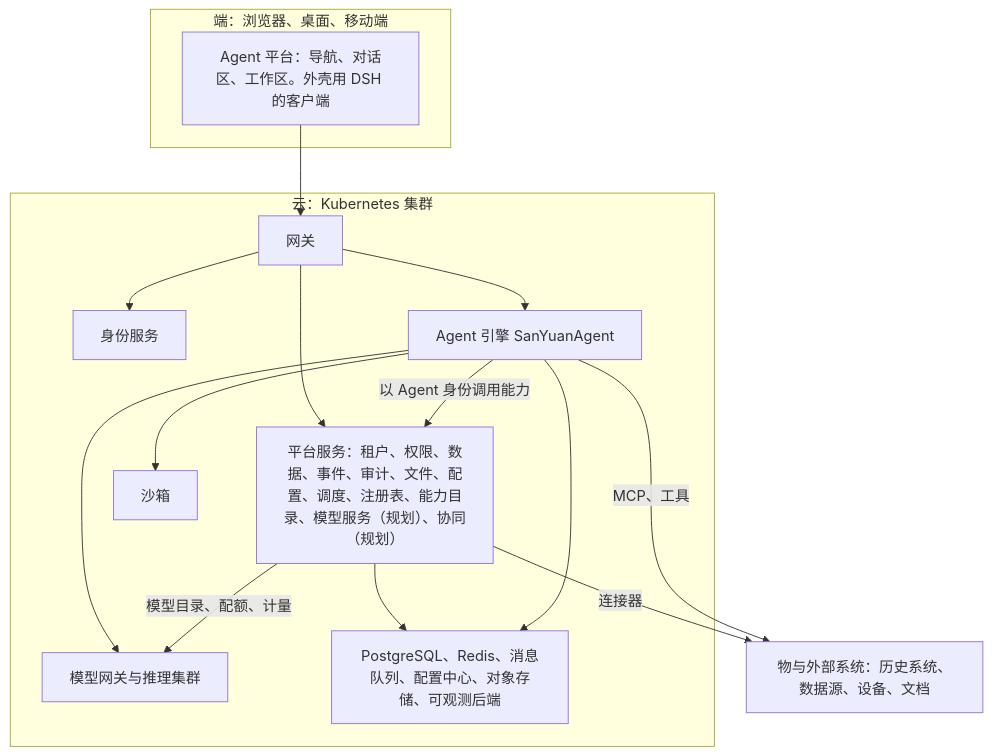
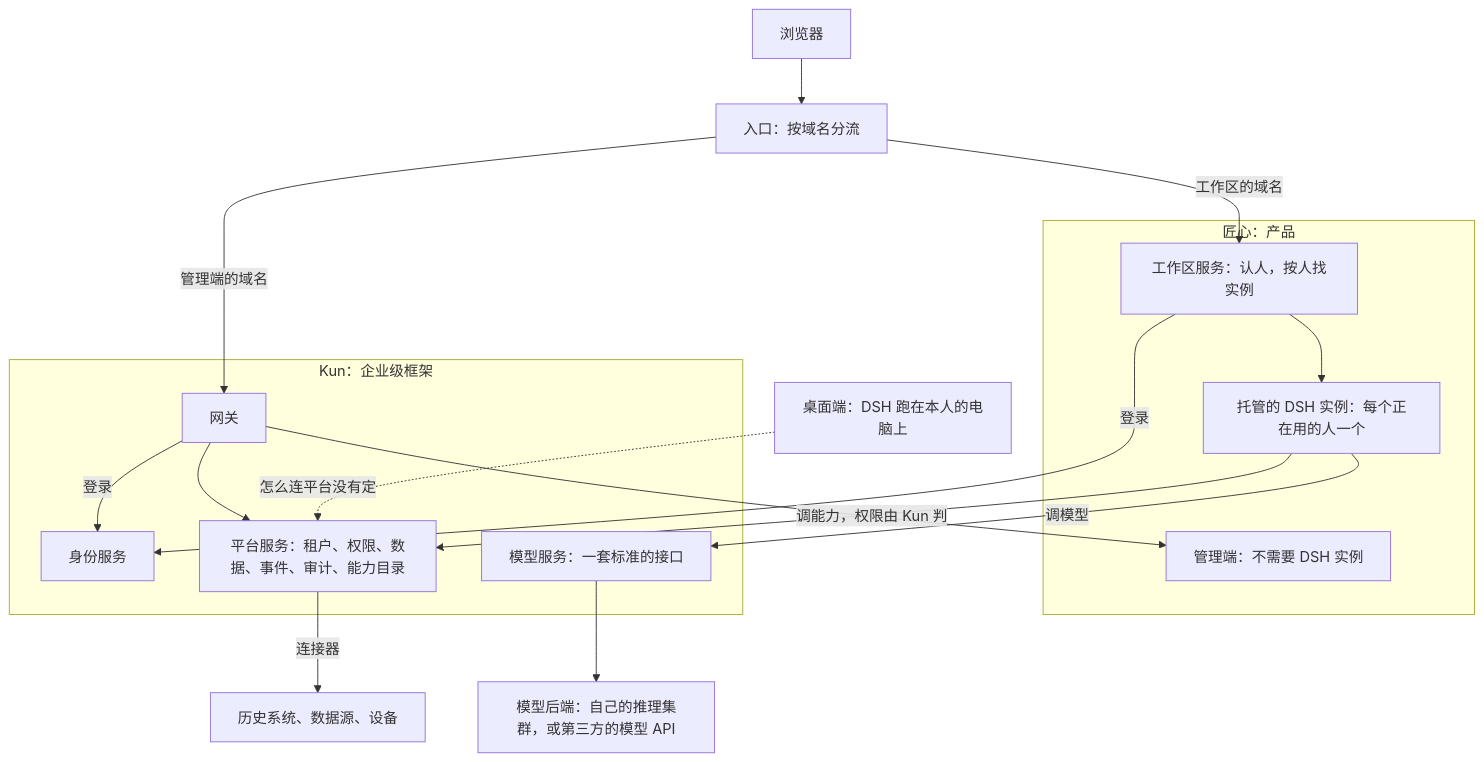
Before and after one commit to CavaiLAB/jiangxin: the first of 2 diagrams in docs/02-architecture.md, drawn with Mermaid. The commit also changed other lines of this file and 19 other files, not shown here.

````diff
--- a/docs/02-architecture.md
+++ b/docs/02-architecture.md
@@ -13,29 +9,33 @@
 ```mermaid
 flowchart TB
-  subgraph client["端：浏览器、桌面、移动端"]
-    UI["Agent 平台：导航、对话区、工作区。外壳用 DSH 的客户端"]
+  B["浏览器"]
+  D["桌面端：DSH 跑在本人的电脑上"]
+  IN["入口：按域名分流"]
+  subgraph jx["匠心：产品"]
+    MS["管理端：不需要 DSH 实例"]
+    WS["工作区服务：认人，按人找实例"]
+    RT["托管的 DSH 实例：每个正在用的人一个"]
   end
-  subgraph cloud["云：Kubernetes 集群"]
-    GW["网关"]
+  subgraph kun["Kun：企业级框架"]
+    KG["网关"]
     ID["身份服务"]
-    PF["平台服务：租户、权限、数据、事件、审计、文件、配置、调度、注册表、能力目录、模型服务（规划）、协同（规划）"]
-    AG["Agent 引擎 SanYuanAgent"]
-    SB["沙箱"]
-    MG["模型网关与推理集群"]
-    INF["PostgreSQL、Redis、消息队列、配置中心、对象存储、可观测后端"]
+    PF["平台服务：租户、权限、数据、事件、审计、能力目录"]
+    MD["模型服务：一套标准的接口"]
   end
-  EXT["物与外部系统：历史系统、数据源、设备、文档"]
+  MB["模型后端：自己的推理集群，或第三方的模型 API"]
+  EXT["历史系统、数据源、设备"]
 
-  UI --> GW
-  GW --> ID
-  GW --> PF
-  GW --> AG
-  AG -->|"以 Agent 身份调用能力"| PF
-  AG --> SB
-  AG --> MG
-  PF -->|"模型目录、配额、计量"| MG
-  PF --> INF
-  AG --> INF
+  B --> IN
+  IN -->|"管理端的域名"| KG
+  IN -->|"工作区的域名"| WS
+  KG --> MS
+  KG --> PF
+  KG -->|"登录"| ID
+  WS -->|"登录"| ID
+  WS --> RT
+  RT -->|"调能力，权限由 Kun 判"| PF
+  RT -->|"调模型"| MD
+  D -.->|"怎么连平台没有定"| PF
+  MD --> MB
   PF -->|"连接器"| EXT
-  AG -->|"MCP、工具"| EXT
 ```
````
